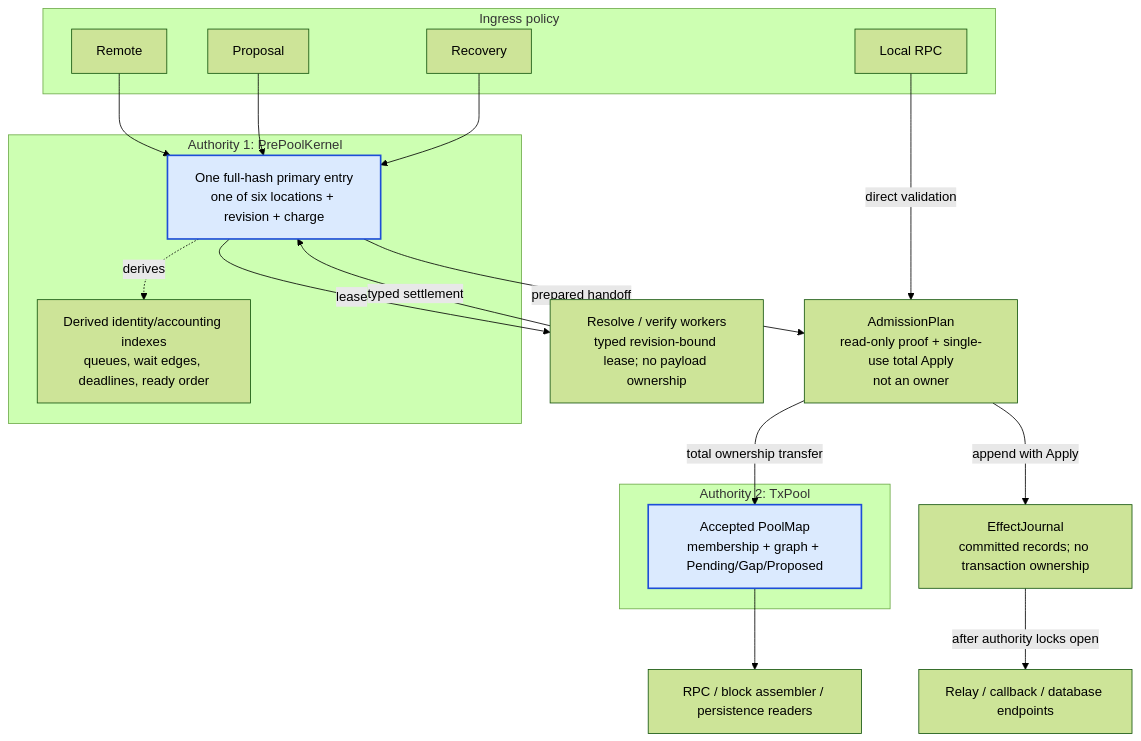
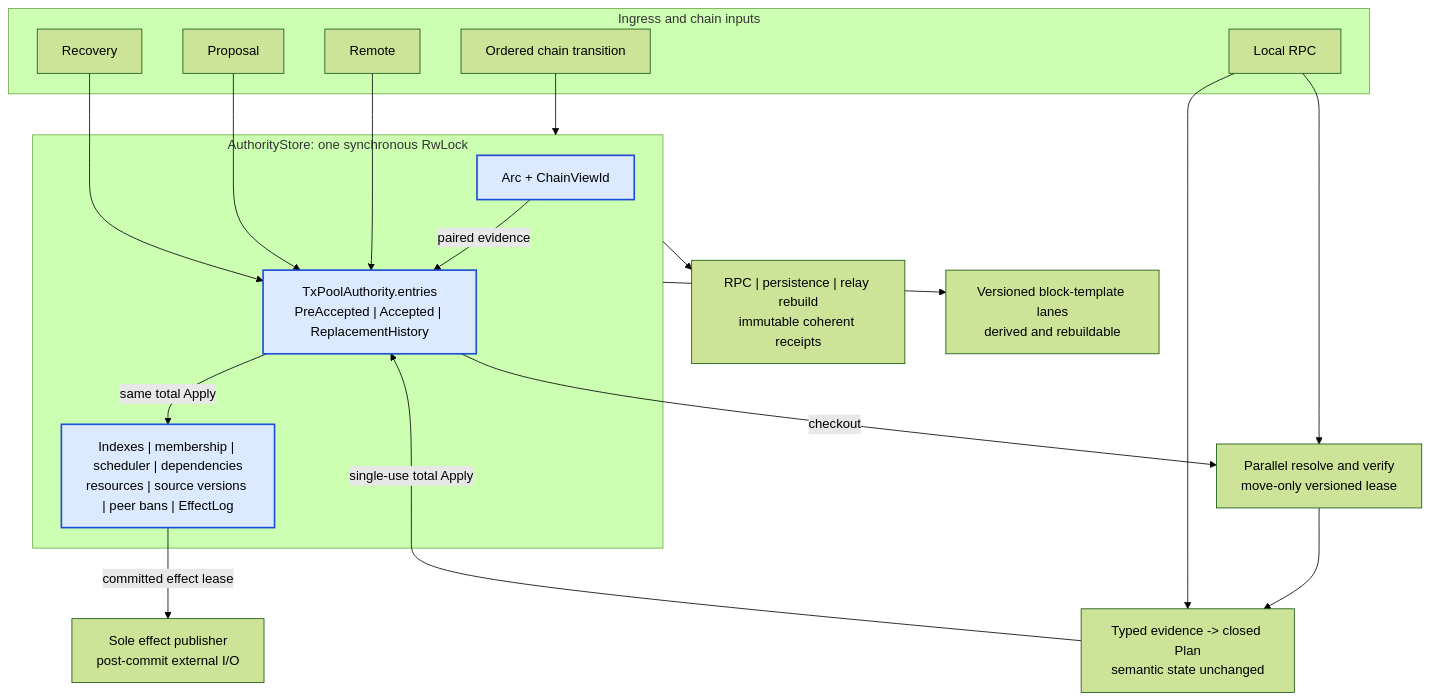
One commit to nervosnetwork/ckb changed the first of 3 diagrams in tx-pool/docs/ARCHITECTURE.md. Above: the diagram before and after it, drawn with Mermaid (forest theme). The commit also changed other lines of this file and 89 other files, not shown here.

Commit message:
tx-pool: isolate tests and converge review evidence

````diff
--- a/tx-pool/docs/ARCHITECTURE.md
+++ b/tx-pool/docs/ARCHITECTURE.md
@@ -29,41 +34,40 @@
 ```mermaid
 flowchart TB
-    subgraph Ingress["Ingress policy"]
+    subgraph Inputs["Ingress and chain inputs"]
         Remote["Remote"]
         Proposal["Proposal"]
         Recovery["Recovery"]
         Local["Local RPC"]
+        Chain["Ordered chain transition"]
     end
 
-    subgraph PrePool["Authority 1: PrePoolKernel"]
-        Primary["One full-hash primary entry<br/>one of six locations + revision + charge"]
-        Indexes["Derived identity/accounting indexes<br/>queues, wait edges, deadlines, ready order"]
-        Primary -. "derives" .-> Indexes
+    subgraph Store["AuthorityStore: one synchronous RwLock"]
+        Snapshot["Arc<Snapshot> + ChainViewId"]
+        Owners["TxPoolAuthority.entries<br/>PreAccepted | Accepted | ReplacementHistory"]
+        Derived["Indexes | membership | scheduler | dependencies<br/>resources | source versions | peer bans | EffectLog"]
+        Owners -->|"same total Apply"| Derived
+        Snapshot -->|"paired evidence"| Owners
     end
 
-    Workers["Resolve / verify workers<br/>typed revision-bound lease; no payload ownership"]
-    Admission["AdmissionPlan<br/>read-only proof + single-use total Apply<br/>not an owner"]
+    Compute["Parallel resolve and verify<br/>move-only versioned lease"]
+    Plan["Typed evidence -> closed Plan<br/>semantic state unchanged"]
+    Effects["Sole effect publisher<br/>post-commit external I/O"]
+    Reads["RPC | persistence | relay rebuild<br/>immutable coherent receipts"]
+    Template["Versioned block-template lanes<br/>derived and rebuildable"]
 
-    subgraph Accepted["Authority 2: TxPool"]
-        PoolMap["Accepted PoolMap<br/>membership + graph + Pending/Gap/Proposed"]
-    end
+    Remote --> Owners
+    Proposal --> Owners
+    Recovery --> Owners
+    Local --> Compute
+    Chain --> Store
+    Owners -->|"checkout"| Compute
+    Compute --> Plan
+    Local --> Plan
+    Plan -->|"single-use total Apply"| Owners
+    Derived -->|"committed effect lease"| Effects
+    Store --> Reads
+    Store --> Template
 
-    Journal["EffectJournal<br/>committed records; no transaction ownership"]
-    Endpoints["Relay / callback / database endpoints"]
-    Consumers["RPC / block assembler / persistence readers"]
-
-    Remote --> Primary
-    Proposal --> Primary
-    Recovery --> Primary
-    Primary -->|"lease"| Workers
-    Workers -->|"typed settlement"| Primary
-    Primary -->|"prepared handoff"| Admission
-    Local -->|"direct validation"| Admission
-    Admission -->|"total ownership transfer"| PoolMap
-    Admission -->|"append with Apply"| Journal
-    Journal -->|"after authority locks open"| Endpoints
-    PoolMap --> Consumers
-
-    classDef owner fill:#dbeafe,stroke:#1d4ed8,stroke-width:2px;
-    class Primary,PoolMap owner;
+    classDef authority fill:#dbeafe,stroke:#1d4ed8,stroke-width:2px;
+    class Owners,Derived,Snapshot authority;
 ```
````
